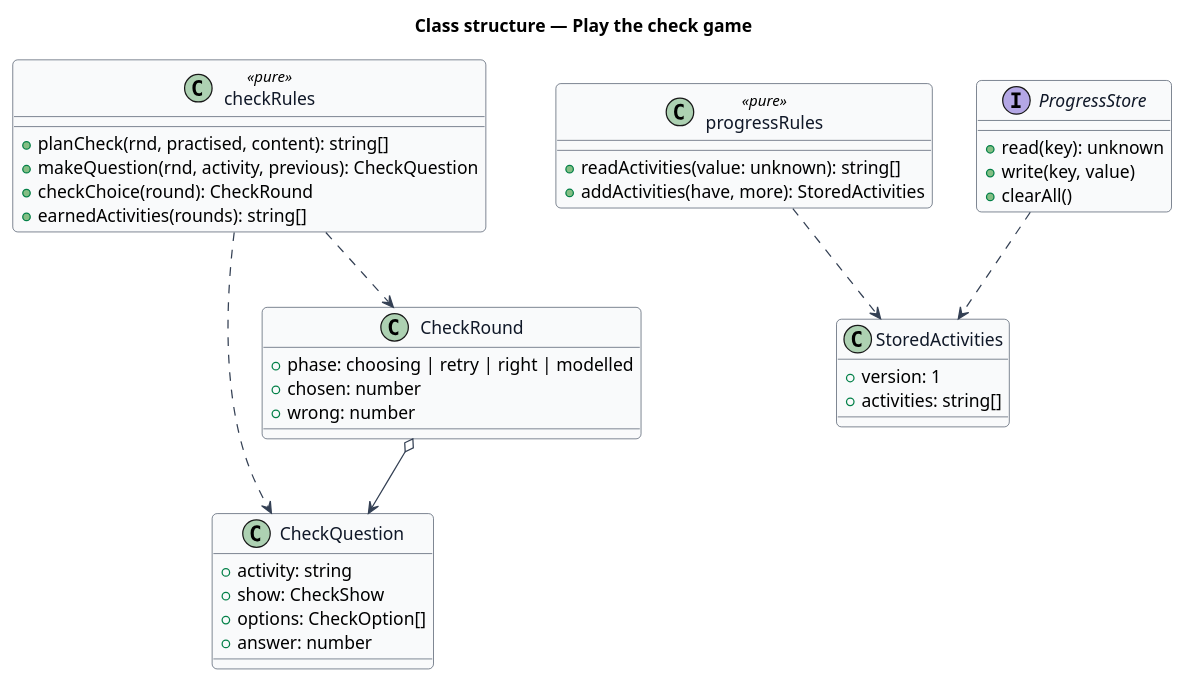
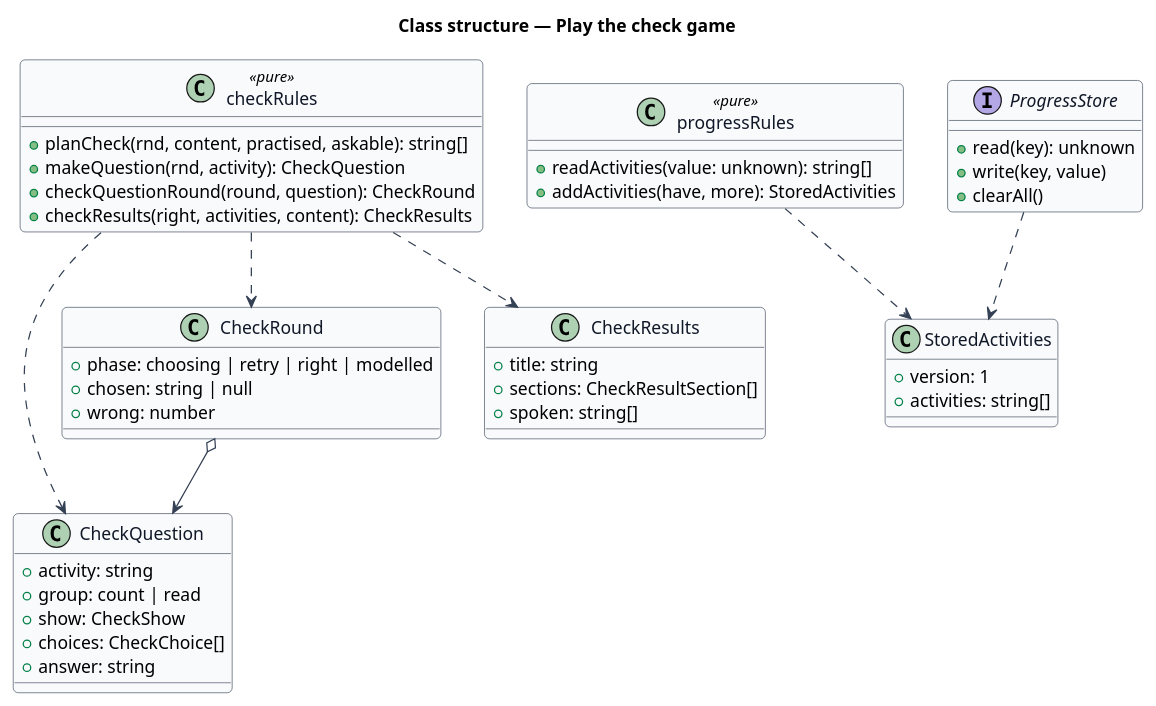
The diagram in docs/detailed-designs/lessons/check-game/diagrams/class.puml (QuinntyneBrown/pibbo), drawn with PlantUML before and after one commit. The commit also changed 8 other files, not shown here.

```diff
--- a/docs/detailed-designs/lessons/check-game/diagrams/class.puml
+++ b/docs/detailed-designs/lessons/check-game/diagrams/class.puml
@@ -1,49 +1,56 @@
 @startuml
 skinparam backgroundColor #FFFFFF
 skinparam shadowing false
 skinparam roundcorner 8
 skinparam defaultFontName Arial
 skinparam ArrowColor #344054
 skinparam class {
   BorderColor #344054
   FontColor #101828
   BackgroundColor #F9FAFB
 }
 title Class structure — Play the check game
 
 class CheckQuestion {
   +activity: string
+  +group: count | read
   +show: CheckShow
-  +options: CheckOption[]
-  +answer: number
+  +choices: CheckChoice[]
+  +answer: string
 }
 class CheckRound {
   +phase: choosing | retry | right | modelled
-  +chosen: number
+  +chosen: string | null
   +wrong: number
+}
+class CheckResults {
+  +title: string
+  +sections: CheckResultSection[]
+  +spoken: string[]
 }
 class StoredActivities {
   +version: 1
   +activities: string[]
 }
 class checkRules <<pure>> {
-  +planCheck(rnd, practised, content): string[]
-  +makeQuestion(rnd, activity, previous): CheckQuestion
-  +checkChoice(round): CheckRound
-  +earnedActivities(rounds): string[]
+  +planCheck(rnd, content, practised, askable): string[]
+  +makeQuestion(rnd, activity): CheckQuestion
+  +checkQuestionRound(round, question): CheckRound
+  +checkResults(right, activities, content): CheckResults
 }
 class progressRules <<pure>> {
   +readActivities(value: unknown): string[]
   +addActivities(have, more): StoredActivities
 }
 interface ProgressStore {
   +read(key): unknown
   +write(key, value)
   +clearAll()
 }
 checkRules ..> CheckQuestion
 checkRules ..> CheckRound
+checkRules ..> CheckResults
 CheckRound o--> CheckQuestion
 progressRules ..> StoredActivities
 ProgressStore ..> StoredActivities
 @enduml
```
